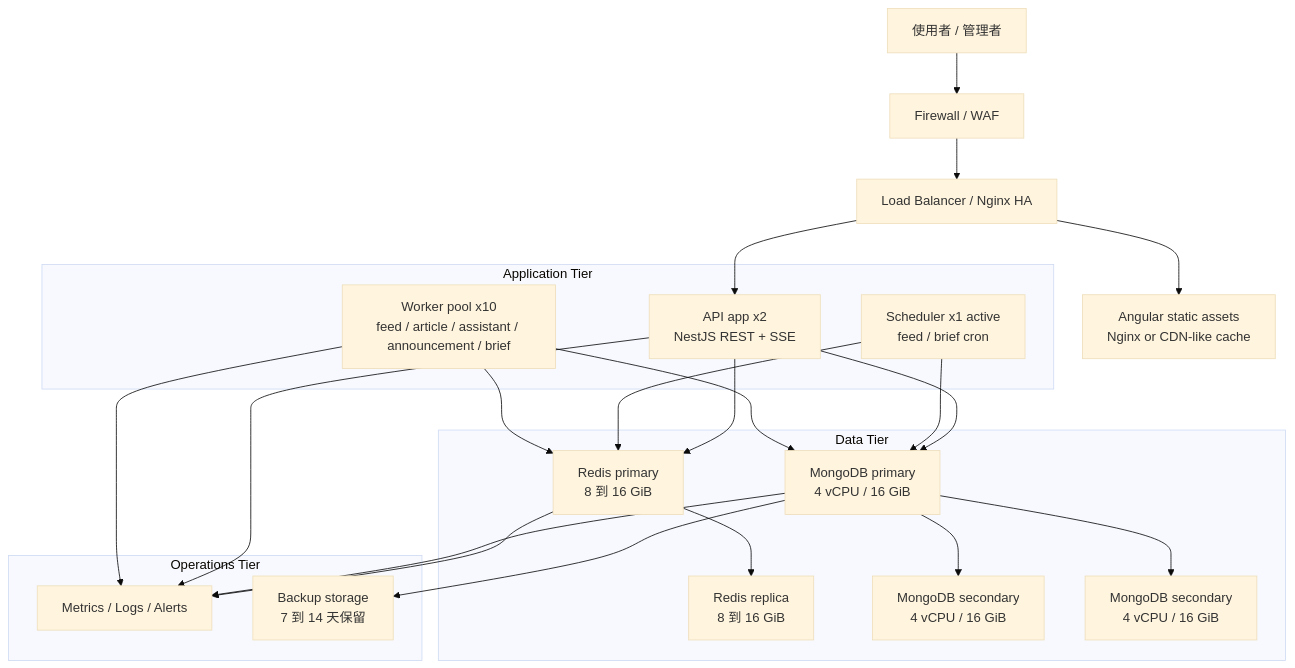
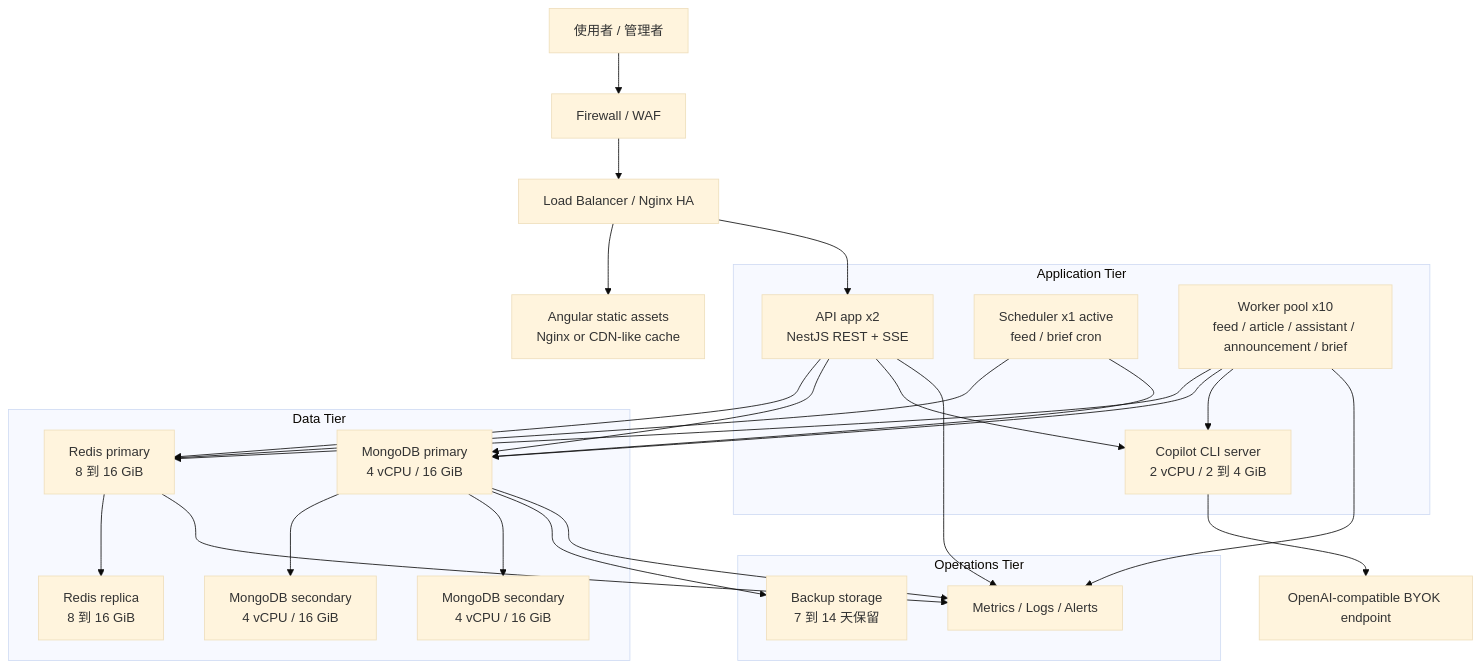
One commit to chunkai1312/temp changed the ninth of 17 diagrams in production-resource-architecture-proposal.md. Above: the diagram before and after it, drawn with Mermaid (base theme). The commit also changed other lines of this file, not shown here.

````diff
--- a/production-resource-architecture-proposal.md
+++ b/production-resource-architecture-proposal.md
@@ -280,41 +337,47 @@
 ```mermaid
 flowchart TB
   USERS["使用者 / 管理者"] --> FW["Firewall / WAF"]
   FW --> LB["Load Balancer / Nginx HA"]
   LB --> WEB["Angular static assets\nNginx or CDN-like cache"]
   LB --> API["API app x2\nNestJS REST + SSE"]
 
   subgraph APP["Application Tier"]
     API
+    CLI["Copilot CLI server\n2 vCPU / 2 到 4 GiB"]
     SCHED["Scheduler x1 active\nfeed / brief cron"]
     WORKERS["Worker pool x10\nfeed / article / assistant / announcement / brief"]
   end
+
+  LLM["OpenAI-compatible BYOK endpoint"]
 
   subgraph DATA["Data Tier"]
     REDIS1["Redis primary\n8 到 16 GiB"]
     REDIS2["Redis replica\n8 到 16 GiB"]
     M1["MongoDB primary\n4 vCPU / 16 GiB"]
     M2["MongoDB secondary\n4 vCPU / 16 GiB"]
     M3["MongoDB secondary\n4 vCPU / 16 GiB"]
   end
 
   subgraph OPS["Operations Tier"]
     MON["Metrics / Logs / Alerts"]
     BACKUP["Backup storage\n7 到 14 天保留"]
   end
 
   API --> REDIS1
   API --> M1
+  API --> CLI
   SCHED --> REDIS1
   SCHED --> M1
   WORKERS --> REDIS1
   WORKERS --> M1
+  WORKERS --> CLI
+  CLI --> LLM
   REDIS1 --> REDIS2
   M1 --> M2
   M1 --> M3
   M1 --> BACKUP
   API --> MON
   WORKERS --> MON
   REDIS1 --> MON
   M1 --> MON
 ```
````
